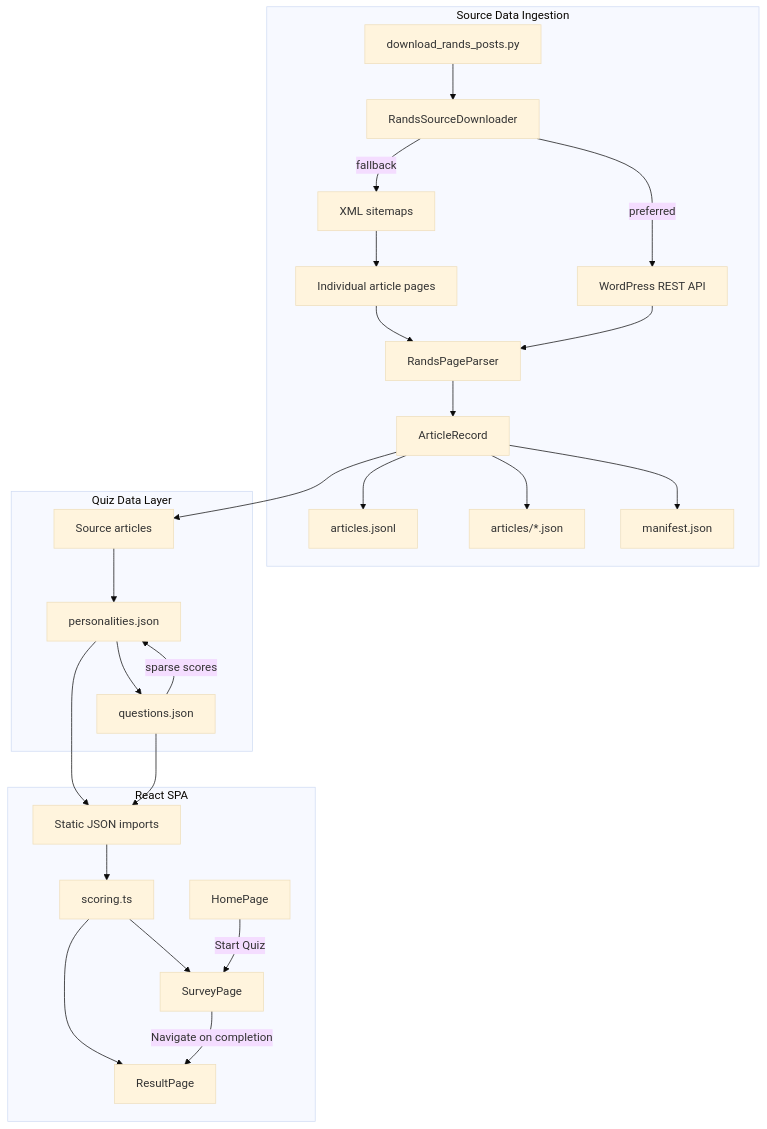
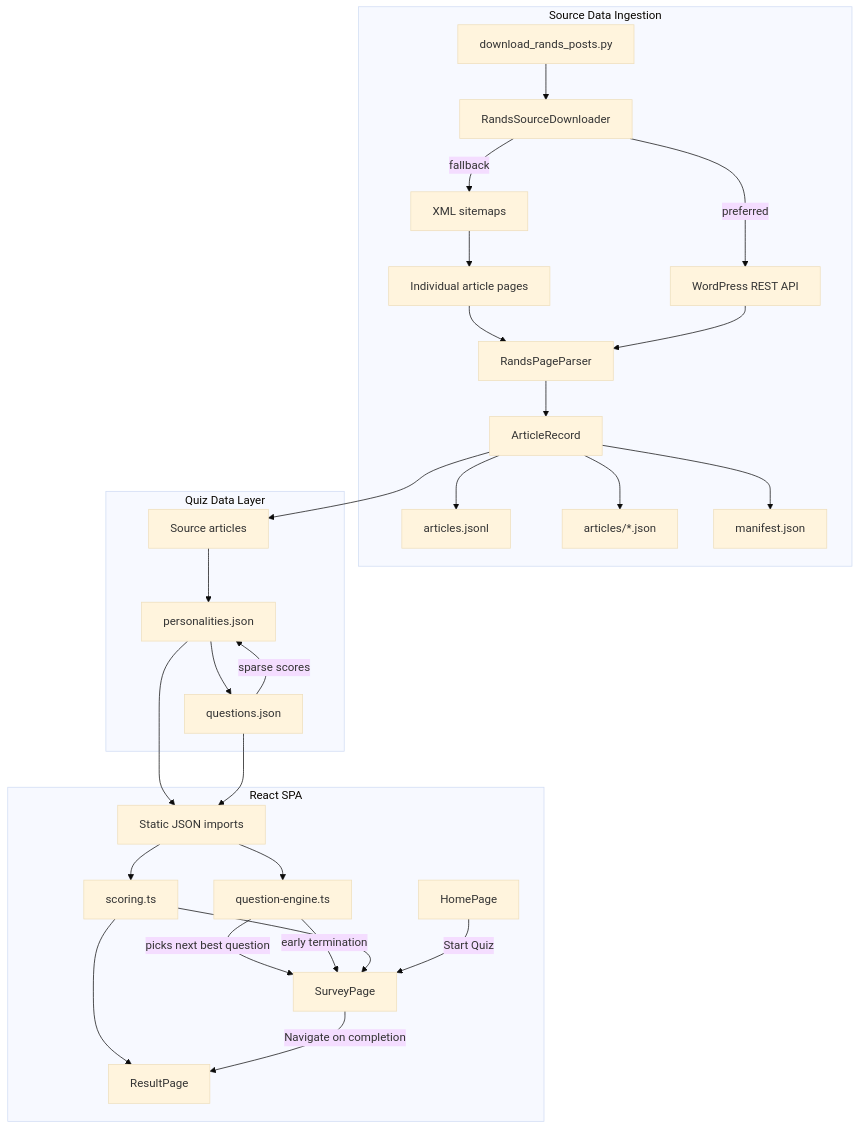
One commit to johnpfeiffer/rands-personality-game changed the first of 2 diagrams in docs/architecture.md. Above: the diagram before and after it, drawn with Mermaid (base theme). The commit also changed other lines of this file and 3 other files, not shown here.

````diff
--- a/docs/architecture.md
+++ b/docs/architecture.md
@@ -13,33 +13,36 @@
 ```mermaid
 flowchart TD
     subgraph v1 [Source Data Ingestion]
         CLI[download_rands_posts.py] --> Downloader[RandsSourceDownloader]
         Downloader -->|preferred| WPAPI[WordPress REST API]
         Downloader -->|fallback| Sitemap[XML sitemaps]
         Sitemap --> Pages[Individual article pages]
         Pages --> Parser[RandsPageParser]
         WPAPI --> Parser
         Parser --> Model[ArticleRecord]
         Model --> JSONL[articles.jsonl]
         Model --> JSONFiles[articles/*.json]
         Model --> Manifest[manifest.json]
     end
 
     subgraph v2 [Quiz Data Layer]
         Articles[Source articles] --> Personalities[personalities.json]
         Personalities --> Questions[questions.json]
         Questions -->|sparse scores| Personalities
     end
 
     subgraph v3 [React SPA]
         DataImport[Static JSON imports] --> ScoringModel[scoring.ts]
-        ScoringModel --> SurveyView[SurveyPage]
+        DataImport --> QuestionEngine[question-engine.ts]
+        QuestionEngine -->|picks next best question| SurveyView[SurveyPage]
+        QuestionEngine -->|early termination| SurveyView
+        ScoringModel --> SurveyView
         ScoringModel --> ResultView[ResultPage]
         HomeView[HomePage] -->|Start Quiz| SurveyView
         SurveyView -->|Navigate on completion| ResultView
     end
 
     Model --> Articles
     Personalities --> DataImport
     Questions --> DataImport
 ```
````
